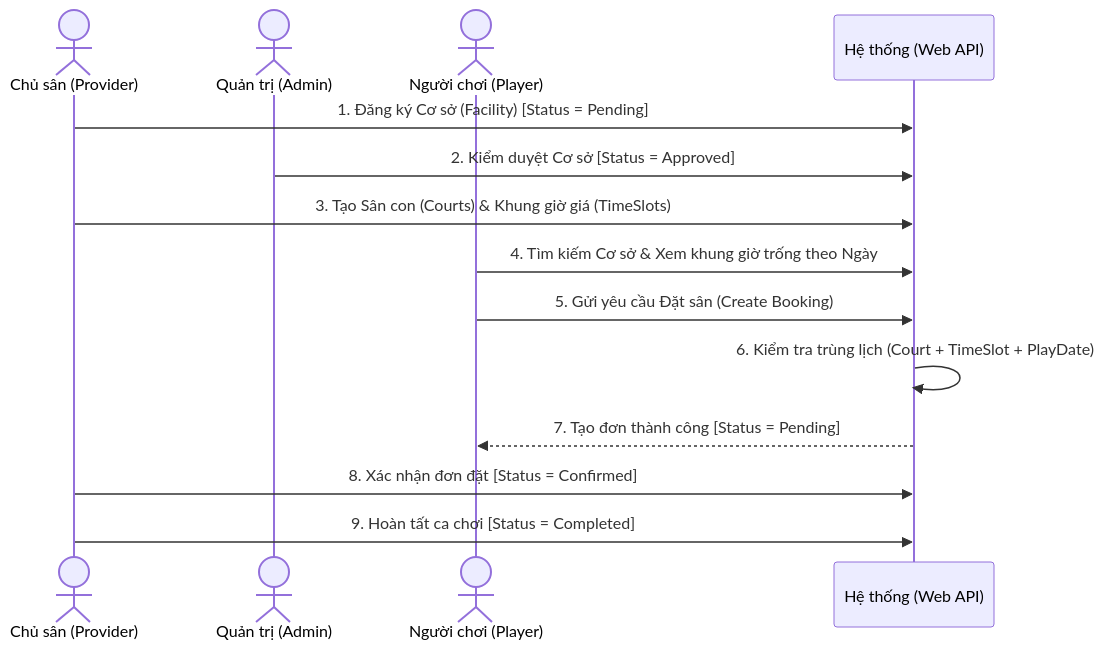
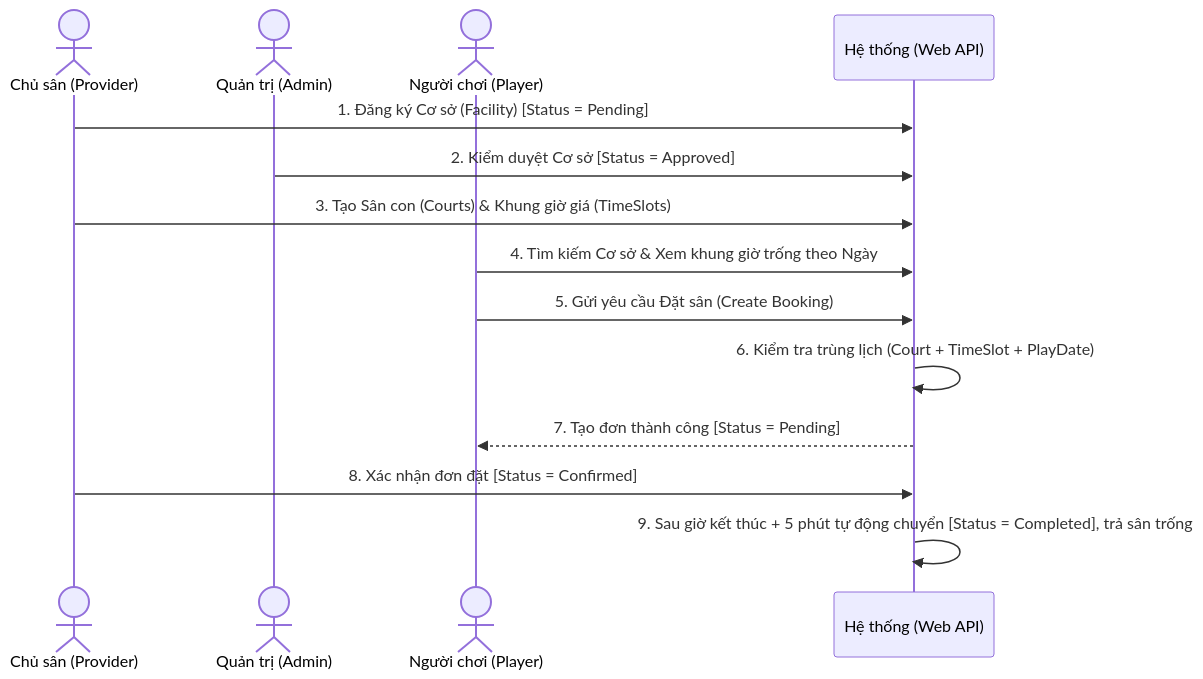
Before and after one commit to nttung42/prn232-final-project: the diagram in docs/01-business-definition.md, drawn with Mermaid. The commit also changed other lines of this file and 5 other files, not shown here.

````diff
--- a/docs/01-business-definition.md
+++ b/docs/01-business-definition.md
@@ -103,17 +104,17 @@
 ```mermaid
 sequenceDiagram
     actor Provider as Chủ sân (Provider)
     actor Admin as Quản trị (Admin)
     actor Player as Người chơi (Player)
     participant System as Hệ thống (Web API)
 
     Provider->>System: 1. Đăng ký Cơ sở (Facility) [Status = Pending]
     Admin->>System: 2. Kiểm duyệt Cơ sở [Status = Approved]
     Provider->>System: 3. Tạo Sân con (Courts) & Khung giờ giá (TimeSlots)
     Player->>System: 4. Tìm kiếm Cơ sở & Xem khung giờ trống theo Ngày
     Player->>System: 5. Gửi yêu cầu Đặt sân (Create Booking)
     System->>System: 6. Kiểm tra trùng lịch (Court + TimeSlot + PlayDate)
     System-->>Player: 7. Tạo đơn thành công [Status = Pending]
     Provider->>System: 8. Xác nhận đơn đặt [Status = Confirmed]
-    Provider->>System: 9. Hoàn tất ca chơi [Status = Completed]
+    System->>System: 9. Sau giờ kết thúc + 5 phút tự động chuyển [Status = Completed], trả sân trống
 ```
````
